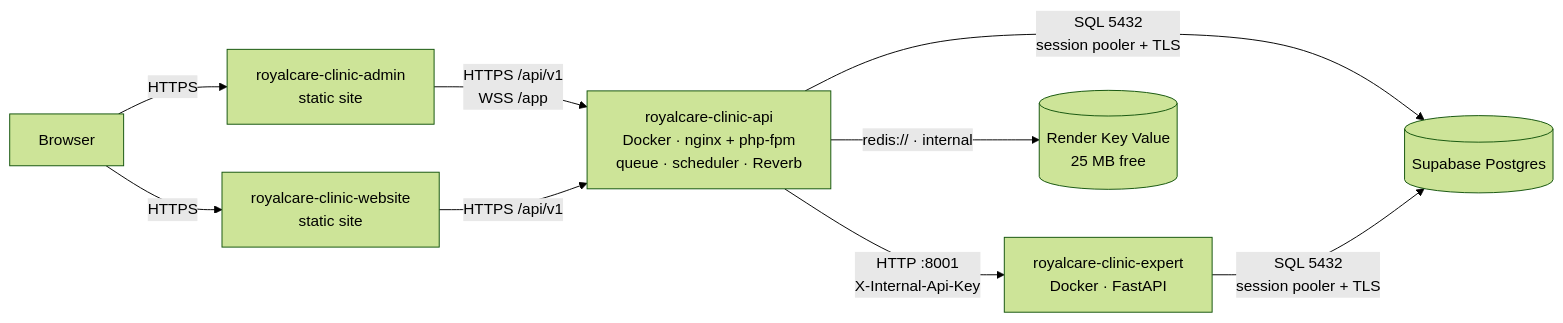
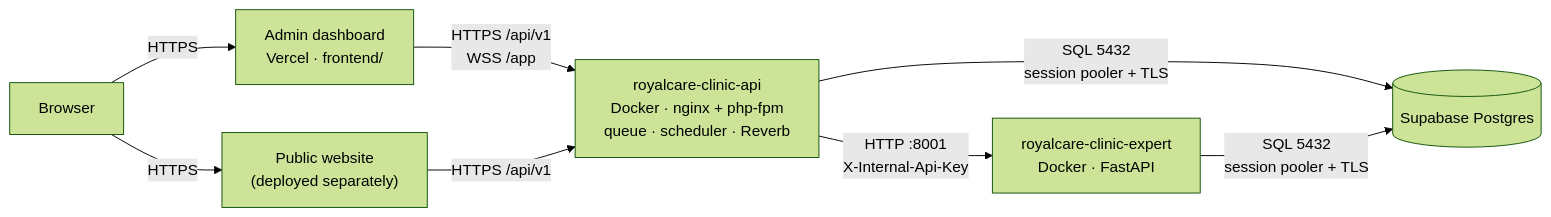
One commit to SanTin-Developer/clinic-management-medical-expert-system changed the second of 2 diagrams in docs/10-deployment/index.md. Above: the diagram before and after it, drawn with Mermaid (forest theme). The commit also changed other lines of this file, not shown here.

First line of the commit message:
docs(deploy): rewrite the Render guide for backend-only + Vercel

````diff
--- a/docs/10-deployment/index.md
+++ b/docs/10-deployment/index.md
@@ -478,11 +479,10 @@
 ```mermaid
 flowchart LR
-    Browser["Browser"] -->|HTTPS| Admin["royalcare-clinic-admin<br/>static site"]
-    Browser -->|HTTPS| Website["royalcare-clinic-website<br/>static site"]
+    Browser["Browser"] -->|HTTPS| Admin["Admin dashboard<br/>Vercel · frontend/"]
+    Browser -->|HTTPS| Website["Public website<br/>(deployed separately)"]
     Admin -->|"HTTPS /api/v1<br/>WSS /app"| API["royalcare-clinic-api<br/>Docker · nginx + php-fpm<br/>queue · scheduler · Reverb"]
     Website -->|"HTTPS /api/v1"| API
     API -->|"SQL 5432<br/>session pooler + TLS"| Supabase[("Supabase Postgres")]
     API -->|"HTTP :8001<br/>X-Internal-Api-Key"| Expert["royalcare-clinic-expert<br/>Docker · FastAPI"]
     Expert -->|"SQL 5432<br/>session pooler + TLS"| Supabase
-    API -->|"redis:// · internal"| KV[("Render Key Value<br/>25 MB free")]
 ```
````
